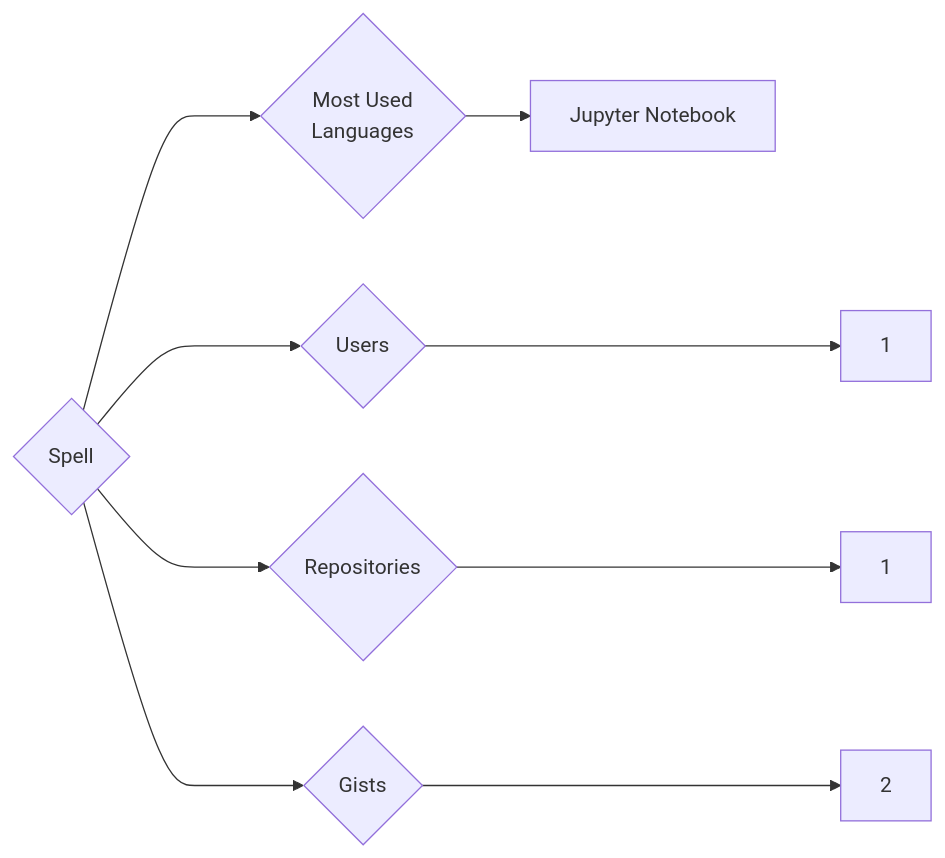
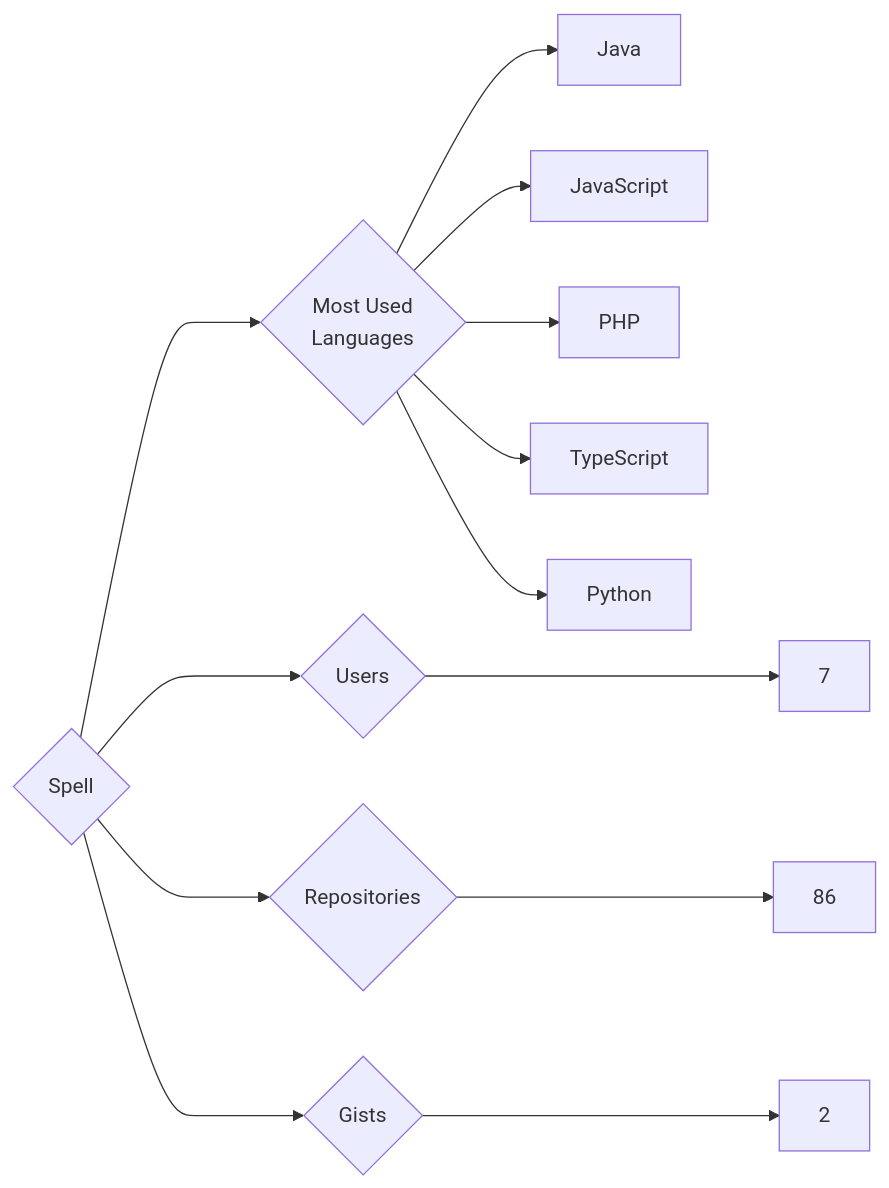
Before and after one commit to trickest/insiders: the diagram in targets/Spell/README.md, drawn with Mermaid. The commit also changed 1484 other files, not shown here.

````diff
--- a/targets/Spell/README.md
+++ b/targets/Spell/README.md
@@ -3,9 +3,13 @@
 ```mermaid
 graph LR
 COMPANY_NAME{Spell}
-COMPANY_NAME ---> U{Users} ---> UN[1]
-COMPANY_NAME ---> R{Repositories} ---> RN[1]
+COMPANY_NAME ---> U{Users} ---> UN[7]
+COMPANY_NAME ---> R{Repositories} ---> RN[86]
 COMPANY_NAME ---> G{Gists} ---> GN[2]
 COMPANY_NAME ---> ML{Most Used<br>Languages}
-ML --> Jupyter_Notebook[Jupyter Notebook]
+ML --> Java[Java]
+ML --> JavaScript[JavaScript]
+ML --> PHP[PHP]
+ML --> TypeScript[TypeScript]
+ML --> Python[Python]
 ```
````
